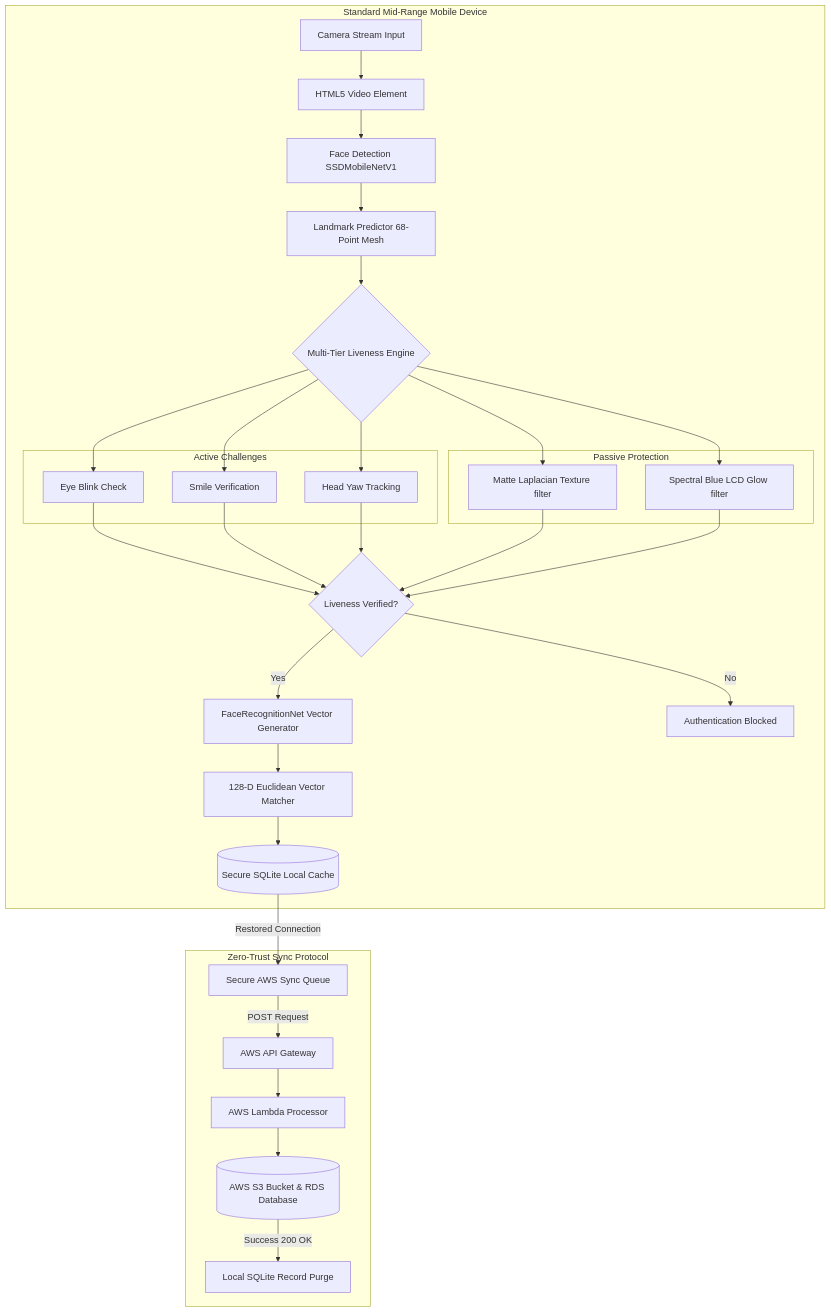
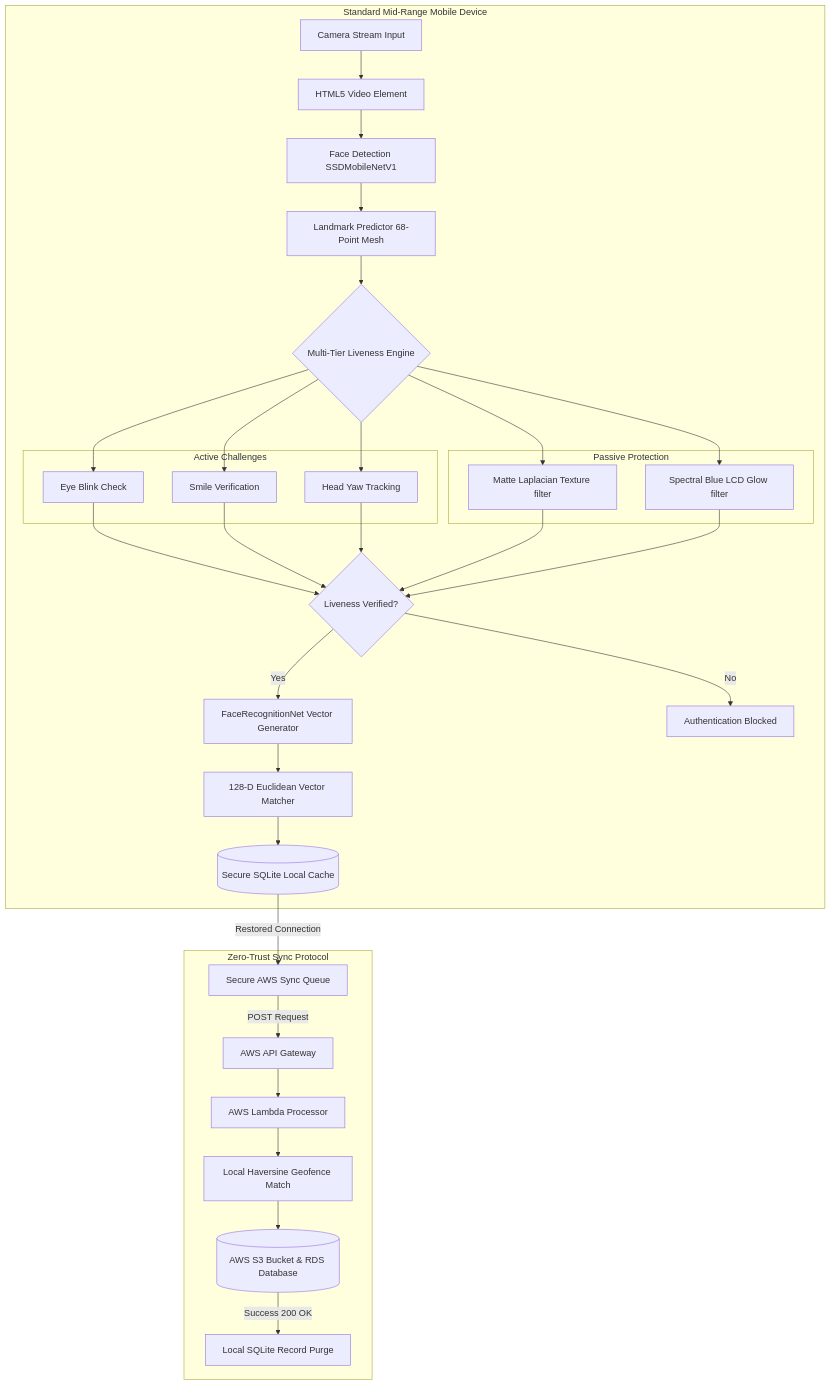
One commit to suryasenthilr/NHAI_Innovation_Hackathon_7.0_Submission changed the first of 2 diagrams in README.md. Above: the diagram before and after it, drawn with Mermaid. The commit also changed other lines of this file and 3 other files, not shown here.

````diff
--- a/README.md
+++ b/README.md
@@ -25,37 +62,38 @@
 ```mermaid
 flowchart TD
     subgraph Client-Side Device [Standard Mid-Range Mobile Device]
         A[Camera Stream Input] --> B[HTML5 Video Element]
         B --> C[Face Detection SSDMobileNetV1]
         C --> D[Landmark Predictor 68-Point Mesh]
         D --> E{Multi-Tier Liveness Engine}
         
         subgraph Active Challenges
             E1[Eye Blink Check]
             E2[Smile Verification]
             E3[Head Yaw Tracking]
         end
         
         subgraph Passive Protection
             E4[Matte Laplacian Texture filter]
             E5[Spectral Blue LCD Glow filter]
         end
         
         E --> E1 & E2 & E3 & E4 & E5
         E1 & E2 & E3 & E4 & E5 --> F{Liveness Verified?}
         
         F -- Yes --> G[FaceRecognitionNet Vector Generator]
         F -- No --> H[Authentication Blocked]
         
         G --> I[128-D Euclidean Vector Matcher]
         I --> J[(Secure SQLite Local Cache)]
     end
     
     subgraph Cloud-Side Sync [Zero-Trust Sync Protocol]
         J -->|Restored Connection| K[Secure AWS Sync Queue]
         K -->|POST Request| L[AWS API Gateway]
         L --> M[AWS Lambda Processor]
-        M --> N[(AWS S3 Bucket & RDS Database)]
+        M --> M1[Local Haversine Geofence Match]
+        M1 --> N[(AWS S3 Bucket & RDS Database)]
         N -->|Success 200 OK| O[Local SQLite Record Purge]
     end
 ```
````
